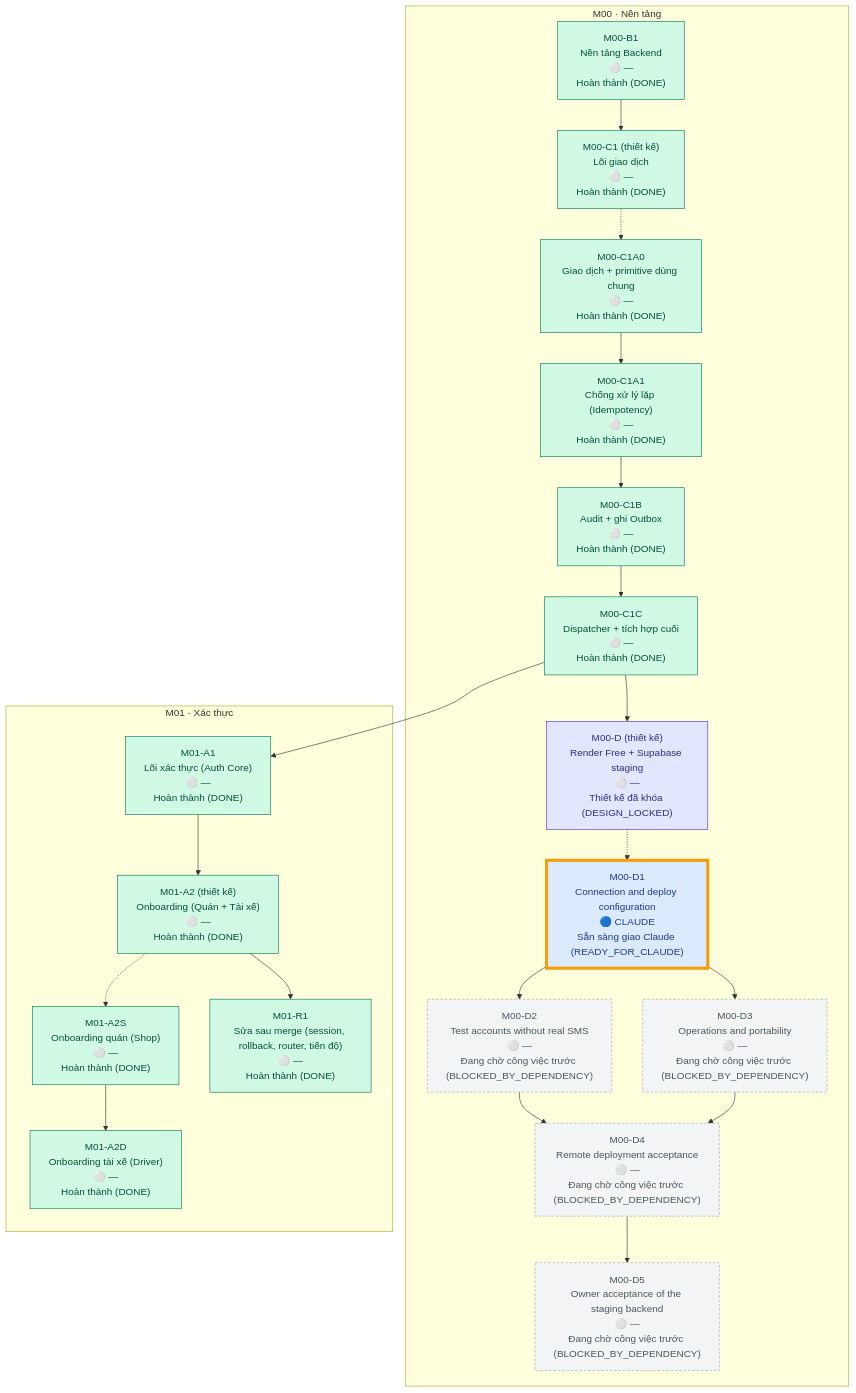
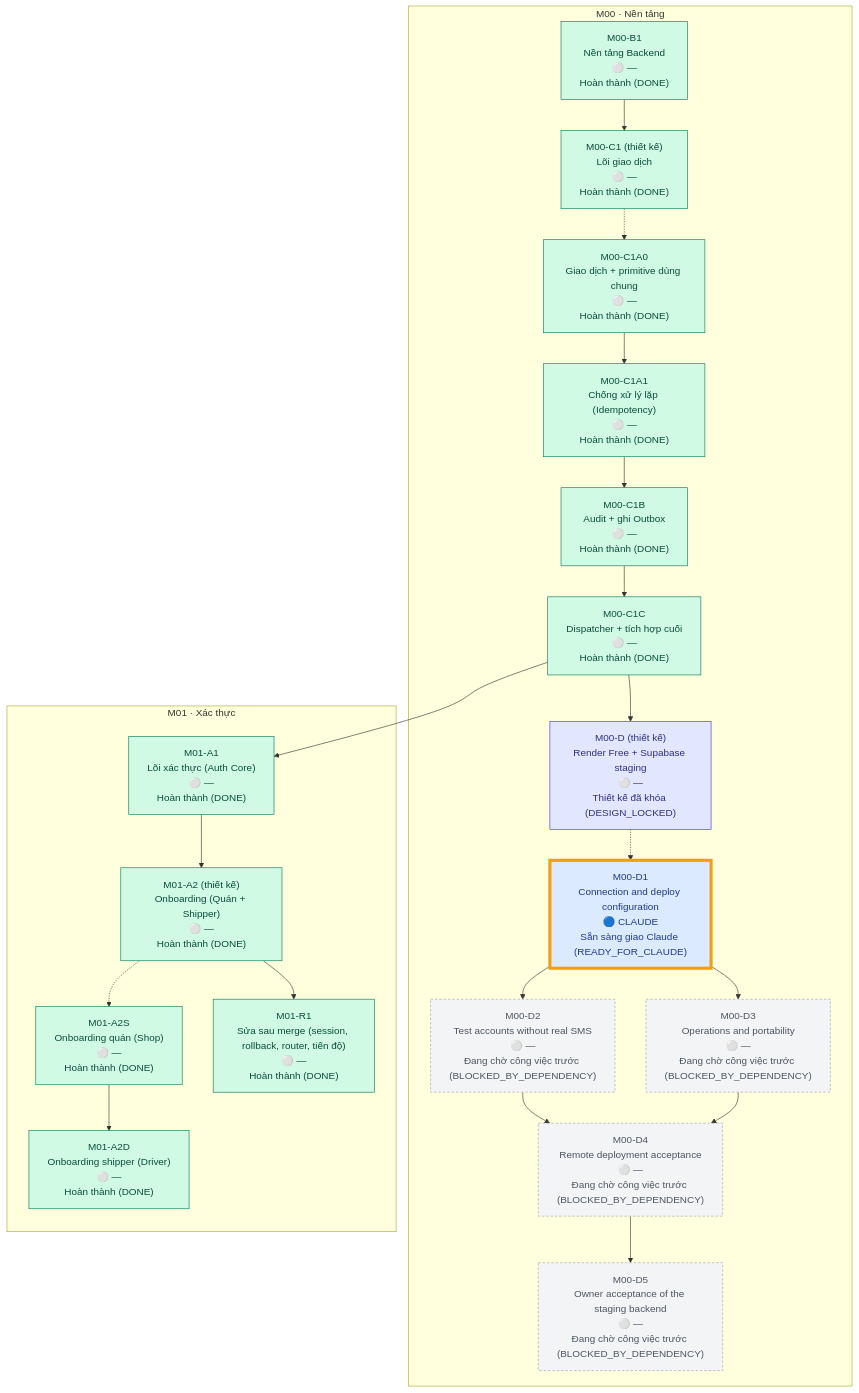
Before and after one commit to trungtn87/11ship: the diagram in docs/PROGRESS.md, drawn with Mermaid. The commit also changed other lines of this file, not shown here.

````diff
--- a/docs/PROGRESS.md
+++ b/docs/PROGRESS.md
@@ -37,57 +37,57 @@
 ```mermaid
 flowchart TD
   subgraph M00_box["M00 · Nền tảng"]
     M00_B1["M00-B1<br/>Nền tảng Backend<br/>⚪ —<br/>Hoàn thành (DONE)"]
     M00_C1["M00-C1 (thiết kế)<br/>Lõi giao dịch<br/>⚪ —<br/>Hoàn thành (DONE)"]
     M00_C1A0["M00-C1A0<br/>Giao dịch + primitive dùng chung<br/>⚪ —<br/>Hoàn thành (DONE)"]
     M00_C1A1["M00-C1A1<br/>Chống xử lý lặp (Idempotency)<br/>⚪ —<br/>Hoàn thành (DONE)"]
     M00_C1B["M00-C1B<br/>Audit + ghi Outbox<br/>⚪ —<br/>Hoàn thành (DONE)"]
     M00_C1C["M00-C1C<br/>Dispatcher + tích hợp cuối<br/>⚪ —<br/>Hoàn thành (DONE)"]
     M00_D["M00-D (thiết kế)<br/>Render Free + Supabase staging<br/>⚪ —<br/>Thiết kế đã khóa (DESIGN_LOCKED)"]
     M00_D1["M00-D1<br/>Connection and deploy configuration<br/>🔵 CLAUDE<br/>Sẵn sàng giao Claude (READY_FOR_CLAUDE)"]
     M00_D2["M00-D2<br/>Test accounts without real SMS<br/>⚪ —<br/>Đang chờ công việc trước (BLOCKED_BY_DEPENDENCY)"]
     M00_D3["M00-D3<br/>Operations and portability<br/>⚪ —<br/>Đang chờ công việc trước (BLOCKED_BY_DEPENDENCY)"]
     M00_D4["M00-D4<br/>Remote deployment acceptance<br/>⚪ —<br/>Đang chờ công việc trước (BLOCKED_BY_DEPENDENCY)"]
     M00_D5["M00-D5<br/>Owner acceptance of the staging backend<br/>⚪ —<br/>Đang chờ công việc trước (BLOCKED_BY_DEPENDENCY)"]
   end
   subgraph M01_box["M01 · Xác thực"]
     M01_A1["M01-A1<br/>Lõi xác thực (Auth Core)<br/>⚪ —<br/>Hoàn thành (DONE)"]
-    M01_A2["M01-A2 (thiết kế)<br/>Onboarding (Quán + Tài xế)<br/>⚪ —<br/>Hoàn thành (DONE)"]
+    M01_A2["M01-A2 (thiết kế)<br/>Onboarding (Quán + Shipper)<br/>⚪ —<br/>Hoàn thành (DONE)"]
     M01_A2S["M01-A2S<br/>Onboarding quán (Shop)<br/>⚪ —<br/>Hoàn thành (DONE)"]
-    M01_A2D["M01-A2D<br/>Onboarding tài xế (Driver)<br/>⚪ —<br/>Hoàn thành (DONE)"]
+    M01_A2D["M01-A2D<br/>Onboarding shipper (Driver)<br/>⚪ —<br/>Hoàn thành (DONE)"]
     M01_R1["M01-R1<br/>Sửa sau merge (session, rollback, router, tiến độ)<br/>⚪ —<br/>Hoàn thành (DONE)"]
   end
 
   M00_B1 --> M00_C1
   M00_C1 -.-> M00_C1A0
   M00_C1A0 --> M00_C1A1
   M00_C1A1 --> M00_C1B
   M00_C1B --> M00_C1C
   M00_C1C --> M01_A1
   M01_A1 --> M01_A2
   M01_A2 -.-> M01_A2S
   M01_A2S --> M01_A2D
   M01_A2 --> M01_R1
   M00_C1C --> M00_D
   M00_D -.-> M00_D1
   M00_D1 --> M00_D2
   M00_D1 --> M00_D3
   M00_D2 --> M00_D4
   M00_D3 --> M00_D4
   M00_D4 --> M00_D5
 
   classDef done fill:#d1fae5,stroke:#047857,color:#064e3b
   classDef locked fill:#e0e7ff,stroke:#4338ca,color:#312e81
   classDef ready fill:#dbeafe,stroke:#1d4ed8,color:#1e3a8a
   classDef active fill:#fef9c3,stroke:#a16207,color:#713f12
   classDef failed fill:#fee2e2,stroke:#b91c1c,color:#7f1d1d
   classDef review fill:#f3e8ff,stroke:#7e22ce,color:#581c87
   classDef blocked fill:#f3f4f6,stroke:#9ca3af,color:#4b5563,stroke-dasharray:4 3
   classDef planned fill:#ffffff,stroke:#9ca3af,color:#374151
   classDef focus stroke:#f59e0b,stroke-width:5px
   class M00_B1,M00_C1,M00_C1A0,M00_C1A1,M00_C1B,M00_C1C,M01_A1,M01_A2,M01_A2S,M01_A2D,M01_R1 done
   class M00_D locked
   class M00_D1 ready
   class M00_D2,M00_D3,M00_D4,M00_D5 blocked
   class M00_D1 focus
 ```
````
